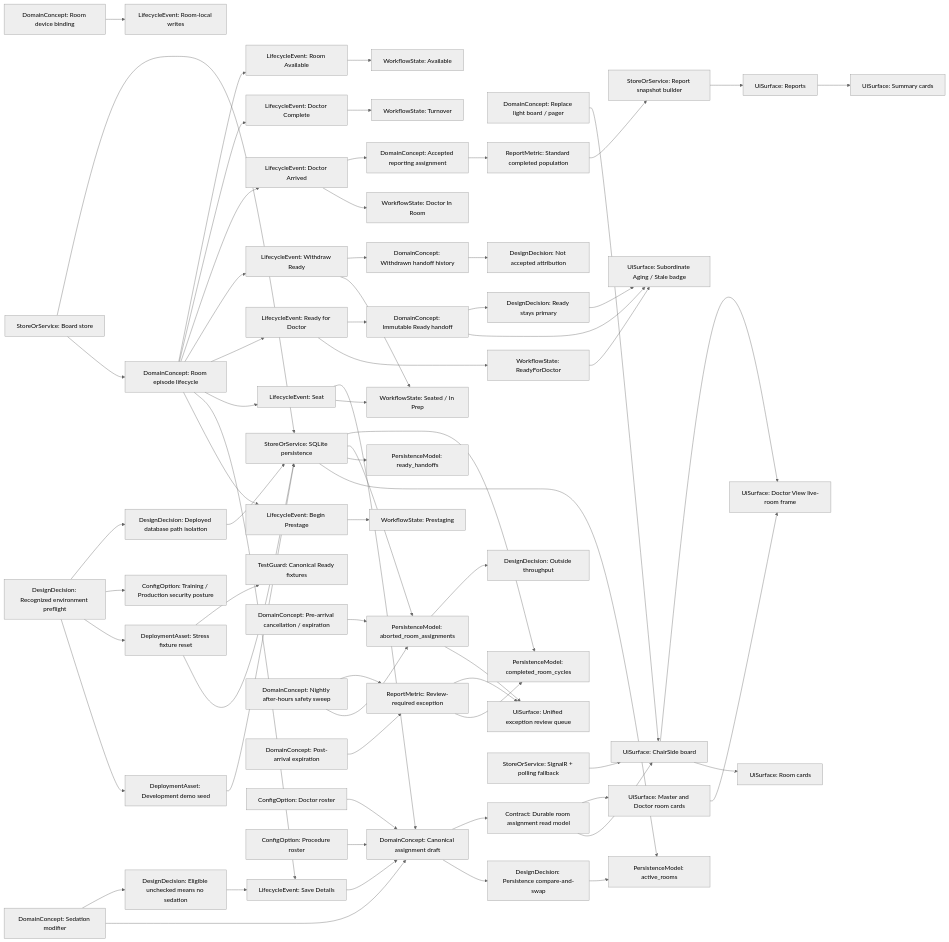
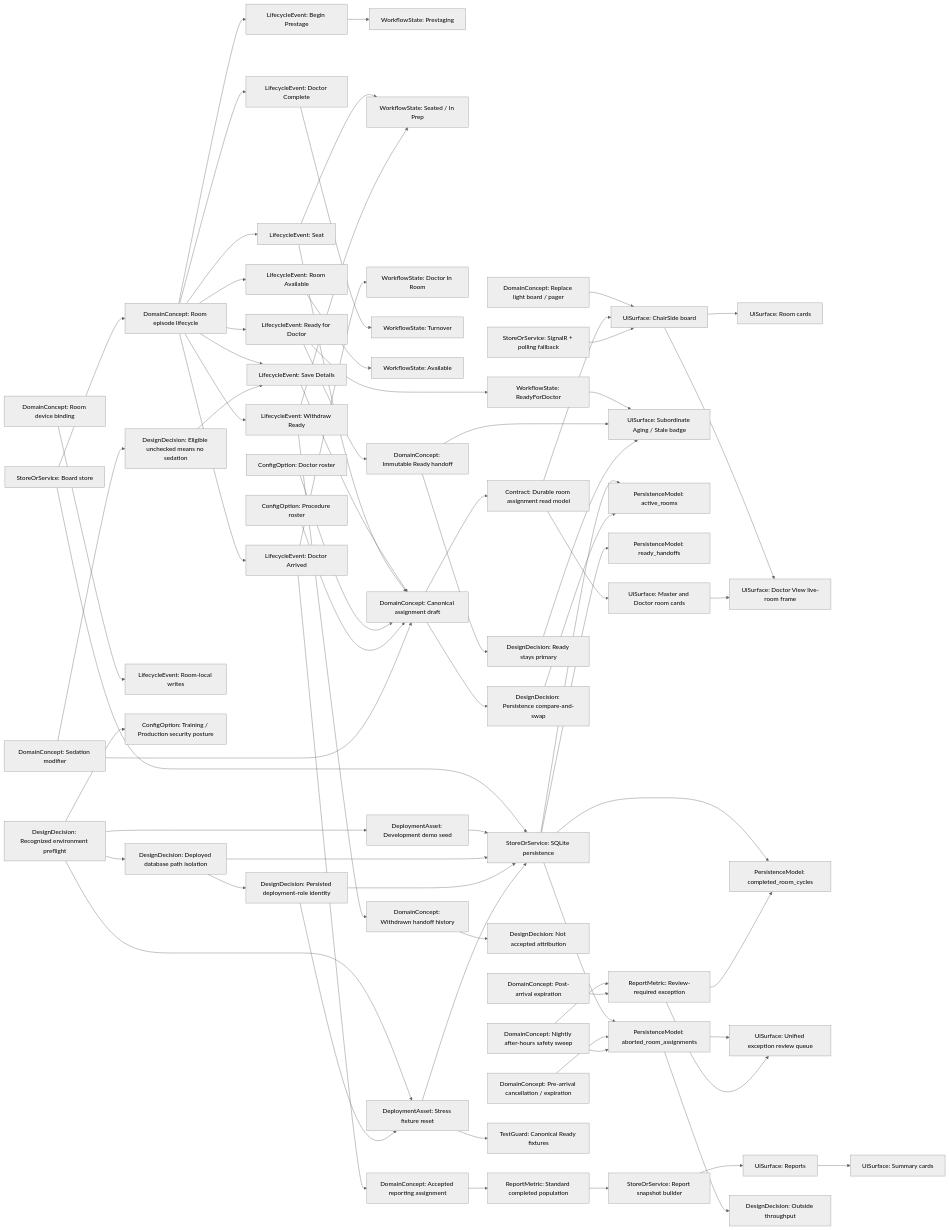
The diagram in docs/knowledge-graph/chairside.graph.md (binary0rb/ChairSide), drawn with Mermaid (neutral theme) before and after one commit. The commit also changed other lines of this file and 18 other files, not shown here.

Commit message:
Persist Production and Training database identity (#147)

````diff
--- a/docs/knowledge-graph/chairside.graph.md
+++ b/docs/knowledge-graph/chairside.graph.md
@@ -7,78 +7,81 @@
 ```mermaid
 flowchart LR
     LightBoardReplacement["DomainConcept: Replace light board / pager"] --> BoardUi["UiSurface: ChairSide board"]
     BoardUi --> RoomCards["UiSurface: Room cards"]
     BoardUi --> DoctorView["UiSurface: Doctor read-only view"]
 
     RoomLifecycle["DomainConcept: Room episode lifecycle"] --> BeginPrestage["LifecycleEvent: Begin Prestage"]
     RoomLifecycle --> SaveDetails["LifecycleEvent: Save Details"]
     RoomLifecycle --> Seat["LifecycleEvent: Seat"]
     RoomLifecycle --> Ready["LifecycleEvent: Ready for Doctor"]
     RoomLifecycle --> Withdraw["LifecycleEvent: Withdraw Ready"]
     RoomLifecycle --> DoctorArrived["LifecycleEvent: Doctor Arrived"]
     RoomLifecycle --> DoctorComplete["LifecycleEvent: Doctor Complete"]
     RoomLifecycle --> RoomAvailable["LifecycleEvent: Room Available"]
 
     BeginPrestage --> Prestaging["WorkflowState: Prestaging"]
     Seat --> Seated["WorkflowState: Seated / In Prep"]
     Ready --> ReadyState["WorkflowState: ReadyForDoctor"]
     ReadyState --> ReadyUrgency["DomainConcept: Ready urgency None / Aging / Stale"]
     Withdraw --> Seated
     DoctorArrived --> InRoom["WorkflowState: Doctor In Room"]
     DoctorComplete --> Turnover["WorkflowState: Turnover"]
     RoomAvailable --> Available["WorkflowState: Available"]
 
     SaveDetails --> CanonicalAssignment["DomainConcept: Canonical assignment draft"]
     Seat --> CanonicalAssignment
     CanonicalAssignment --> CasGuard["DesignDecision: Persistence compare-and-swap"]
     Ready --> ReadyHandoff["DomainConcept: Immutable Ready handoff"]
     ReadyHandoff --> ReadyUrgency
     Withdraw --> WithdrawnHandoff["DomainConcept: Withdrawn handoff history"]
     DoctorArrived --> AcceptedHandoff["DomainConcept: Accepted reporting assignment"]
 
     BoardStore["StoreOrService: Board store"] --> RoomLifecycle
     BoardStore --> Persistence["StoreOrService: SQLite persistence"]
     Persistence --> ActiveRooms["PersistenceModel: active_rooms"]
     Persistence --> Handoffs["PersistenceModel: ready_handoffs"]
     Persistence --> Aborts["PersistenceModel: aborted_room_assignments"]
     Persistence --> Cycles["PersistenceModel: completed_room_cycles"]
     CasGuard --> ActiveRooms
 
     PreArrivalTermination["DomainConcept: Pre-arrival cancellation / expiration"] --> Aborts
     AfterHoursSweep["DomainConcept: Nightly after-hours safety sweep"] --> Aborts
     AfterHoursSweep --> ReviewException
     PostArrivalExpiration["DomainConcept: Post-arrival expiration"] --> ReviewException["ReportMetric: Review-required exception"]
     ReviewException --> Cycles
     Aborts --> UnifiedReview["UiSurface: Unified exception review queue"]
     ReviewException --> UnifiedReview
 
     Reports["UiSurface: Reports"] --> SummaryCards["UiSurface: Summary cards"]
     ReportsBuilder["StoreOrService: Report snapshot builder"] --> Reports
     AcceptedHandoff --> StandardPopulation["ReportMetric: Standard completed population"]
     StandardPopulation --> ReportsBuilder
     WithdrawnHandoff --> AuditOnly["DesignDecision: Not accepted attribution"]
     Aborts --> OutsideThroughput["DesignDecision: Outside throughput"]
 
     DoctorRoster["ConfigOption: Doctor roster"] --> CanonicalAssignment
     ProcedureRoster["ConfigOption: Procedure roster"] --> CanonicalAssignment
     SedationModifier["DomainConcept: Sedation modifier"] --> CanonicalAssignment
     SedationModifier --> OptionalSedation["DesignDecision: Eligible unchecked means no sedation"]
     OptionalSedation --> SaveDetails
     CanonicalAssignment --> RoomReadModel["Contract: Durable room assignment read model"]
     RoomReadModel --> BoardUi
     RoomReadModel --> SharedRoomCards["UiSurface: Master and Doctor room cards"]
     ReadyHandoff --> ReadyPrimary["DesignDecision: Ready stays primary"]
     ReadyPrimary --> ReadyUrgency["UiSurface: Subordinate Aging / Stale badge"]
     SharedRoomCards --> DoctorView["UiSurface: Doctor View live-room frame"]
     DeviceBinding["DomainConcept: Room device binding"] --> Mutations["LifecycleEvent: Room-local writes"]
     Realtime["StoreOrService: SignalR + polling fallback"] --> BoardUi
 
     DevelopmentSeed["DeploymentAsset: Development demo seed"] --> Persistence
     EnvironmentPolicy["DesignDecision: Recognized environment preflight"] --> DevelopmentSeed
     EnvironmentPolicy --> MaintenanceReset
     EnvironmentPolicy --> DeployedSecurity["ConfigOption: Training / Production security posture"]
     EnvironmentPolicy --> DatabaseIsolation["DesignDecision: Deployed database path isolation"]
     DatabaseIsolation --> Persistence
+    DatabaseIsolation --> DatabaseIdentity["DesignDecision: Persisted deployment-role identity"]
+    DatabaseIdentity --> Persistence
     MaintenanceReset["DeploymentAsset: Stress fixture reset"] --> Persistence
+    DatabaseIdentity --> MaintenanceReset
     MaintenanceReset --> CanonicalFixtures["TestGuard: Canonical Ready fixtures"]
 ```
````
